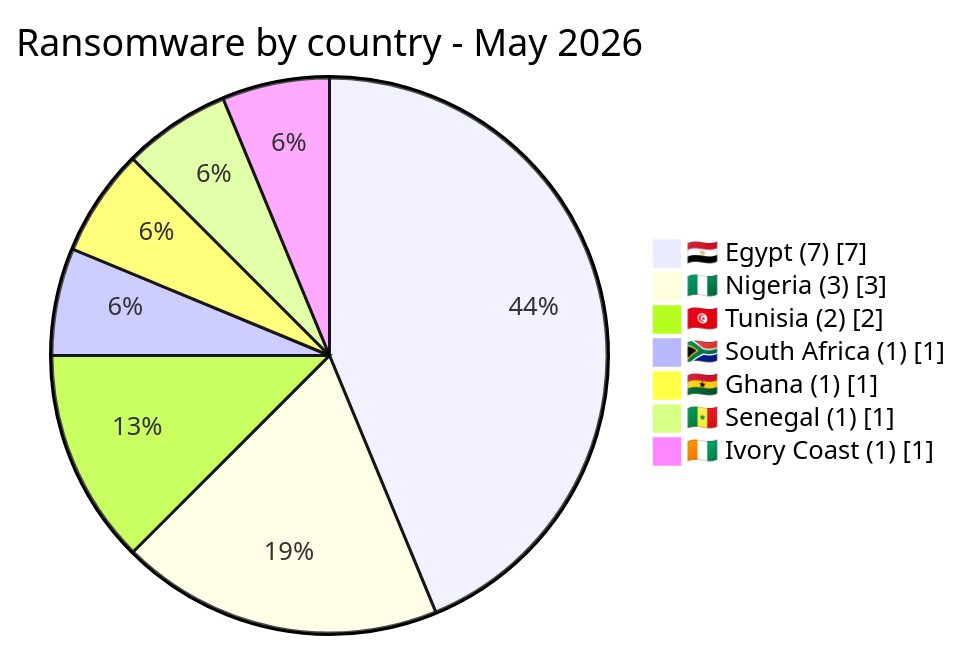
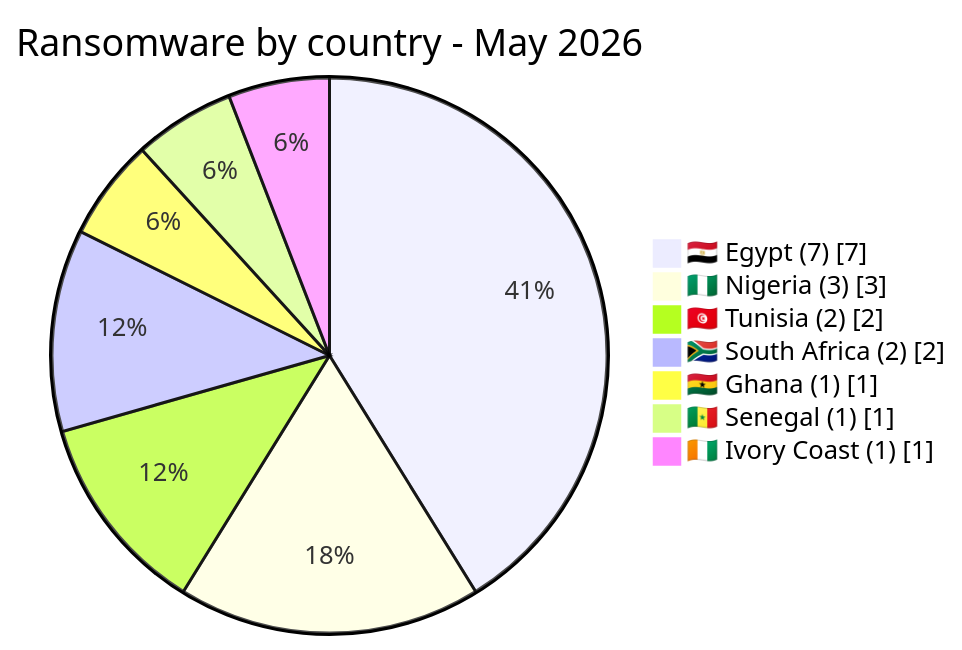
Before and after one commit to Hatchepsoute/AFRINTEL: the second of 3 diagrams in visual-intelligence/05-may/ransomware-vs-leaks_may_2026.md, drawn with Mermaid. The commit also changed other lines of this file and 85 other files, not shown here.

````diff
--- a/visual-intelligence/05-may/ransomware-vs-leaks_may_2026.md
+++ b/visual-intelligence/05-may/ransomware-vs-leaks_may_2026.md
@@ -13,11 +13,11 @@
 ```mermaid
 pie showData
     title Ransomware by country - May 2026
     "🇪🇬 Egypt (7)" : 7
     "🇳🇬 Nigeria (3)" : 3
     "🇹🇳 Tunisia (2)" : 2
-    "🇿🇦 South Africa (1)" : 1
+    "🇿🇦 South Africa (2)" : 2
     "🇬🇭 Ghana (1)" : 1
     "🇸🇳 Senegal (1)" : 1
     "🇨🇮 Ivory Coast (1)" : 1
 ```
````
